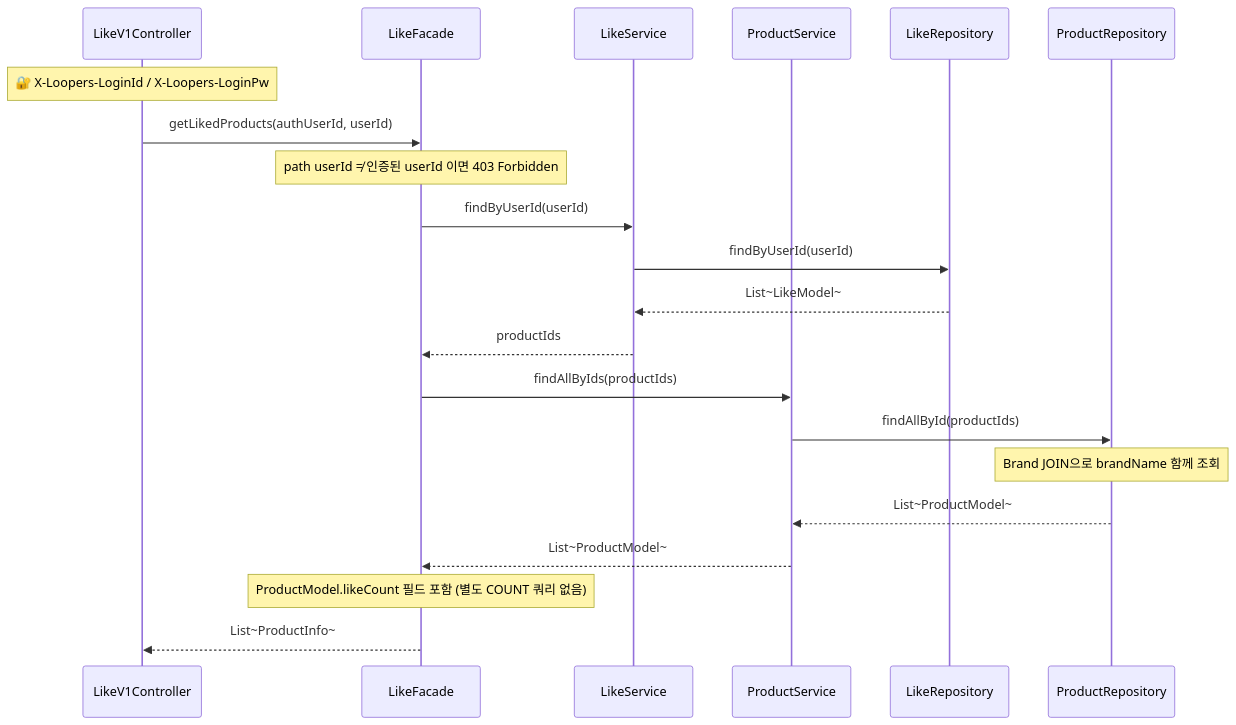
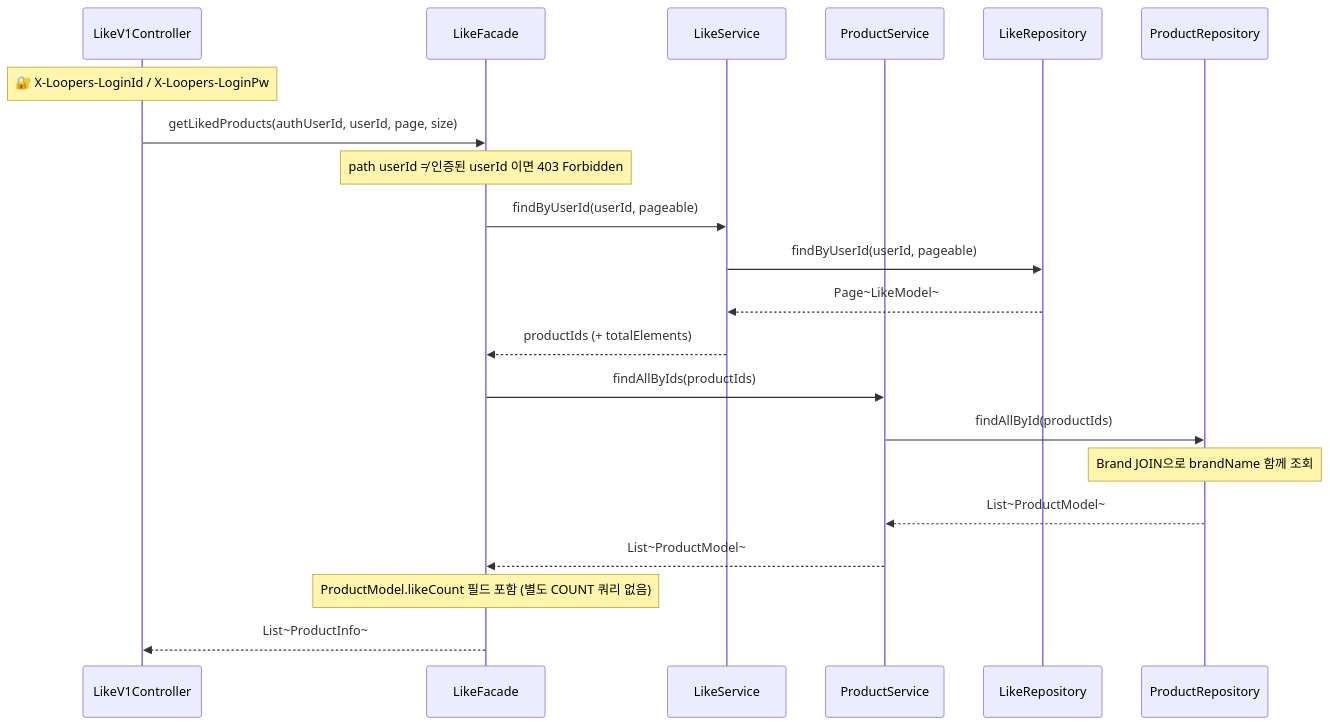
Before and after one commit to loopers-labs/loop-pack-be-l2-vol4-java: diagram 16 of 21 in docs/v3/sequence.md, drawn with Mermaid. The commit also changed other lines of this file and 1 other file, not shown here.

First line of the commit message:
docs: 시퀀스 다이어그램 누락 추가 및 응답 DTO 스펙 전면 보완

````diff
--- a/docs/v3/sequence.md
+++ b/docs/v3/sequence.md
@@ -299,27 +363,27 @@
 ```mermaid
 sequenceDiagram
     Note over LikeV1Controller: 🔐 X-Loopers-LoginId / X-Loopers-LoginPw
     participant LikeV1Controller
     participant LikeFacade
     participant LikeService
     participant ProductService
     participant LikeRepository
     participant ProductRepository
 
-    LikeV1Controller->>LikeFacade: getLikedProducts(authUserId, userId)
+    LikeV1Controller->>LikeFacade: getLikedProducts(authUserId, userId, page, size)
     Note over LikeFacade: path userId ≠ 인증된 userId 이면 403 Forbidden
-    LikeFacade->>LikeService: findByUserId(userId)
-    LikeService->>LikeRepository: findByUserId(userId)
-    LikeRepository-->>LikeService: List~LikeModel~
-    LikeService-->>LikeFacade: productIds
+    LikeFacade->>LikeService: findByUserId(userId, pageable)
+    LikeService->>LikeRepository: findByUserId(userId, pageable)
+    LikeRepository-->>LikeService: Page~LikeModel~
+    LikeService-->>LikeFacade: productIds (+ totalElements)
 
     LikeFacade->>ProductService: findAllByIds(productIds)
     ProductService->>ProductRepository: findAllById(productIds)
     Note over ProductRepository: Brand JOIN으로 brandName 함께 조회
     ProductRepository-->>ProductService: List~ProductModel~
     ProductService-->>LikeFacade: List~ProductModel~
 
     Note over LikeFacade: ProductModel.likeCount 필드 포함 (별도 COUNT 쿼리 없음)
 
     LikeFacade-->>LikeV1Controller: List~ProductInfo~
 ```
````
